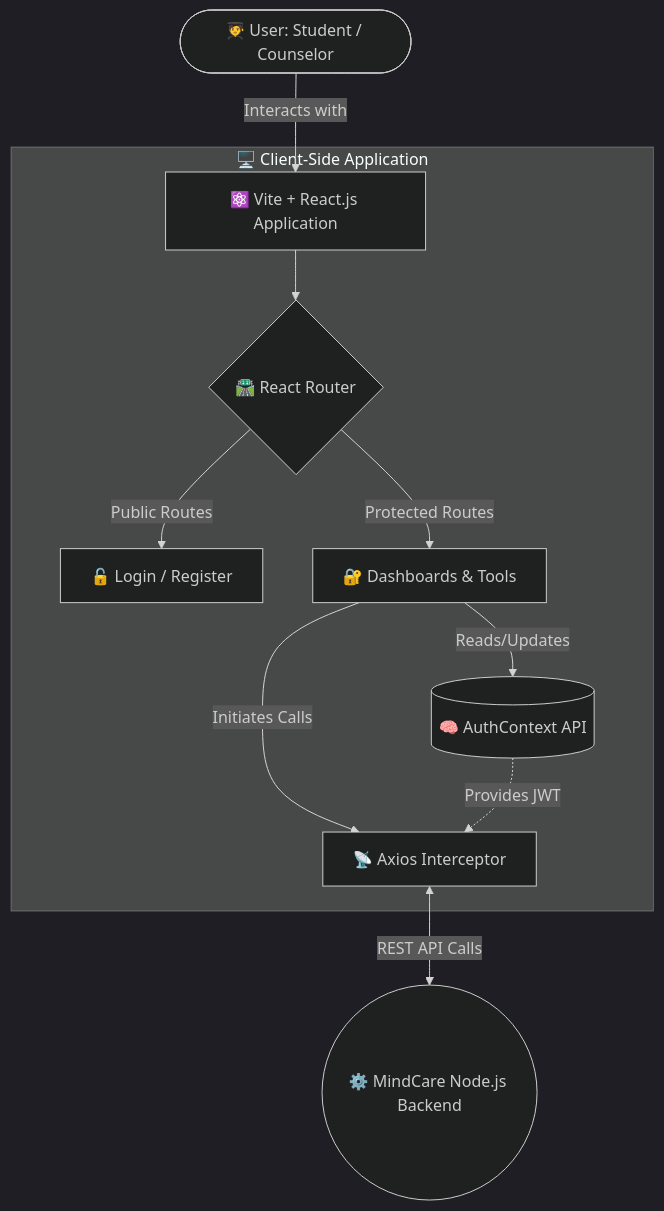
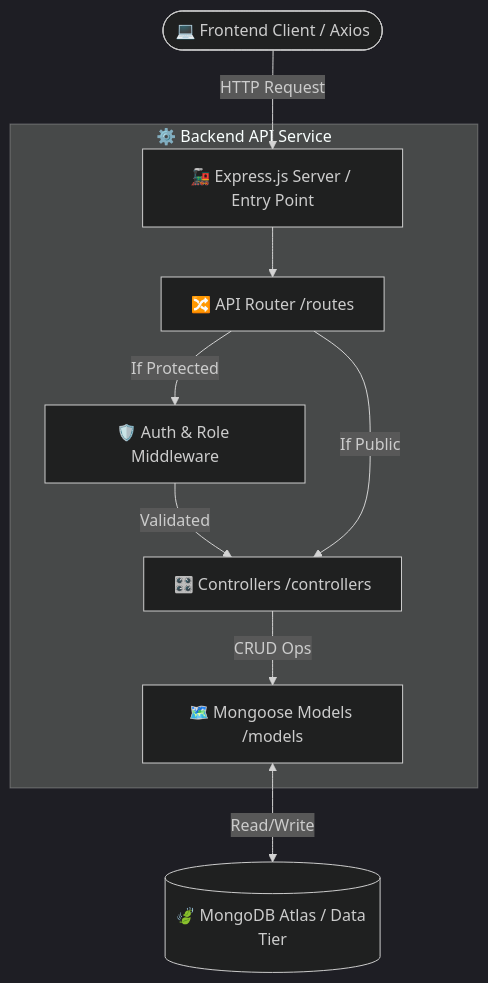
The diagram in README.md (HarshiSRanasingha/MindCare-Mental-Health-Support-System-backend), drawn with Mermaid (dark theme) before and after one commit. The commit also changed other lines of this file, not shown here.

````diff
--- a/README.md
+++ b/README.md
@@ -81,16 +88,15 @@
 ```mermaid
 graph TD
-    A(["🧑‍🎓 User: Student / Counselor"]) -->|Interacts with| B["⚛️ Vite + React.js Application"]
+    Client(["💻 Frontend Client / Axios"]) -->|HTTP Request| Express["🚂 Express.js Server / Entry Point"]
     
-    subgraph ClientSide ["🖥️ Client-Side Application"]
-        B --> C{"🛣️ React Router"}
-        C -->|Public Routes| D["🔓 Login / Register"]
-        C -->|Protected Routes| E["🔐 Dashboards & Tools"]
+    subgraph BackendAPI ["⚙️ Backend API Service"]
+        Express --> Router["🔀 API Router /routes"]
+        Router -->|If Protected| Auth["🛡️ Auth & Role Middleware"]
+        Auth -->|Validated| Ctrl["🎛️ Controllers /controllers"]
+        Router -->|If Public| Ctrl
         
-        E -->|Reads/Updates| F[("🧠 AuthContext API")]
-        E -->|Initiates Calls| G["📡 Axios Interceptor"]
-        F -.->|Provides JWT| G
+        Ctrl -->|CRUD Ops| Models["🗺️ Mongoose Models /models"]
     end
     
-    G <-->|REST API Calls| H(("⚙️ MindCare Node.js Backend"))
+    Models <-->|Read/Write| DB[("🍃 MongoDB Atlas / Data Tier")]
 ```
````
